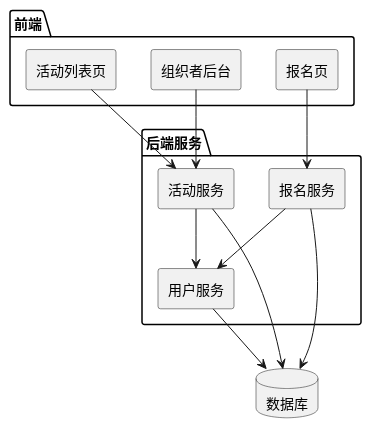
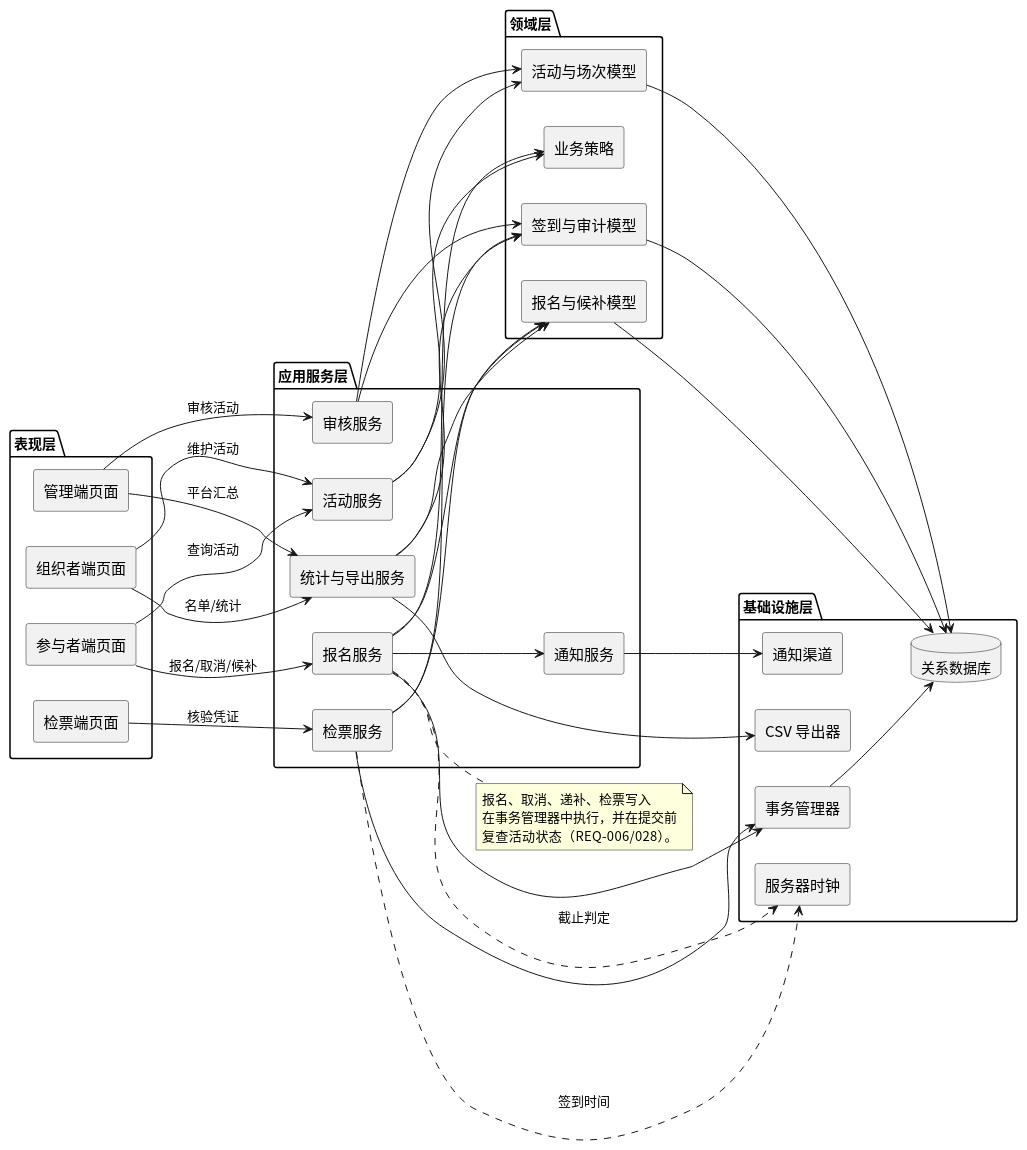
The diagram in UML/UML组件图.puml (kkksc114/Software_Engineering_Lab), drawn with PlantUML before and after one commit. The commit also changed 6 other files, not shown here.

Commit message:
design: rebuild domain model and layered architecture

```diff
--- a/UML/UML组件图.puml
+++ b/UML/UML组件图.puml
@@ -1,27 +1,75 @@
 @startuml
 skinparam defaultFontName "Noto Sans CJK SC"
+left to right direction
 skinparam componentStyle rectangle
+skinparam componentFontSize 15
+skinparam shadowing false
 
-package "前端" {
-  [活动列表页]
-  [报名页]
-  [组织者后台]
+package "表现层" {
+  [参与者端页面]
+  [组织者端页面]
+  [检票端页面]
+  [管理端页面]
 }
 
-package "后端服务" {
+package "应用服务层" {
   [活动服务]
+  [审核服务]
   [报名服务]
-  [用户服务]
+  [检票服务]
+  [统计与导出服务]
+  [通知服务]
 }
 
-database "数据库" as DB
+package "领域层" {
+  [活动与场次模型]
+  [报名与候补模型]
+  [签到与审计模型]
+  [业务策略]
+}
 
-[活动列表页] --> [活动服务]
-[报名页] --> [报名服务]
-[组织者后台] --> [活动服务]
-[活动服务] --> [用户服务]
-[报名服务] --> [用户服务]
-[活动服务] --> DB
-[报名服务] --> DB
-[用户服务] --> DB
+package "基础设施层" {
+  database "关系数据库" as DB
+  [事务管理器]
+  [服务器时钟]
+  [CSV 导出器]
+  [通知渠道]
+}
+
+[参与者端页面] --> [活动服务] : 查询活动
+[参与者端页面] --> [报名服务] : 报名/取消/候补
+[组织者端页面] --> [活动服务] : 维护活动
+[组织者端页面] --> [统计与导出服务] : 名单/统计
+[检票端页面] --> [检票服务] : 核验凭证
+[管理端页面] --> [审核服务] : 审核活动
+[管理端页面] --> [统计与导出服务] : 平台汇总
+
+[活动服务] --> [活动与场次模型]
+[活动服务] --> [业务策略]
+[审核服务] --> [活动与场次模型]
+[审核服务] --> [签到与审计模型]
+[报名服务] --> [报名与候补模型]
+[报名服务] --> [业务策略]
+[报名服务] --> [事务管理器]
+[报名服务] --> [通知服务]
+[检票服务] --> [签到与审计模型]
+[检票服务] --> [报名与候补模型]
+[检票服务] --> [事务管理器]
+[统计与导出服务] --> [报名与候补模型]
+[统计与导出服务] --> [签到与审计模型]
+[统计与导出服务] --> [CSV 导出器]
+[通知服务] --> [通知渠道]
+
+[活动与场次模型] --> DB
+[报名与候补模型] --> DB
+[签到与审计模型] --> DB
+[事务管理器] --> DB
+[报名服务] ..> [服务器时钟] : 截止判定
+[检票服务] ..> [服务器时钟] : 签到时间
+
+note right of [报名服务]
+  报名、取消、递补、检票写入
+  在事务管理器中执行，并在提交前
+  复查活动状态（REQ-006/028）。
+end note
 @enduml
```
